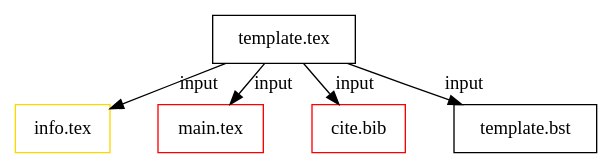
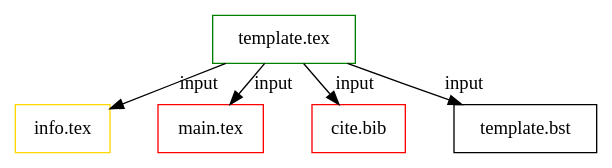
The diagram in texTemplate.org (bwtian/texTemplate), drawn with Graphviz before and after one commit. The commit also changed 1 other file, not shown here.

Commit message:
- ‘.#texTemplate.org’ / ‘texTemplate.org’

```diff
--- a/texTemplate.org
+++ b/texTemplate.org
@@ -4,20 +4,20 @@
 #+BEGIN_SRC dot :file ./texTemplate.svg 
 digraph { 
 fontname="Times"; 
 fontsize = 12; 
 splines = false; 
 ranksep = 0.2; 
 nodesep = 0.5; 
 node [shape = box] 
 //1. set node 
-temp [label = "template.tex"]
+temp [label = "template.tex", color = green]
 info [label = "info.tex", color = gold]
 main [label = "main.tex", color = red]
 bib [label = "cite.bib", color = red]
 bst [label = "template.bst"]
 //2. set path 
 temp -> {info,main, bib, bst} [label = input]
 //3. set rank 
 
 }
 #+END_SRC
```
